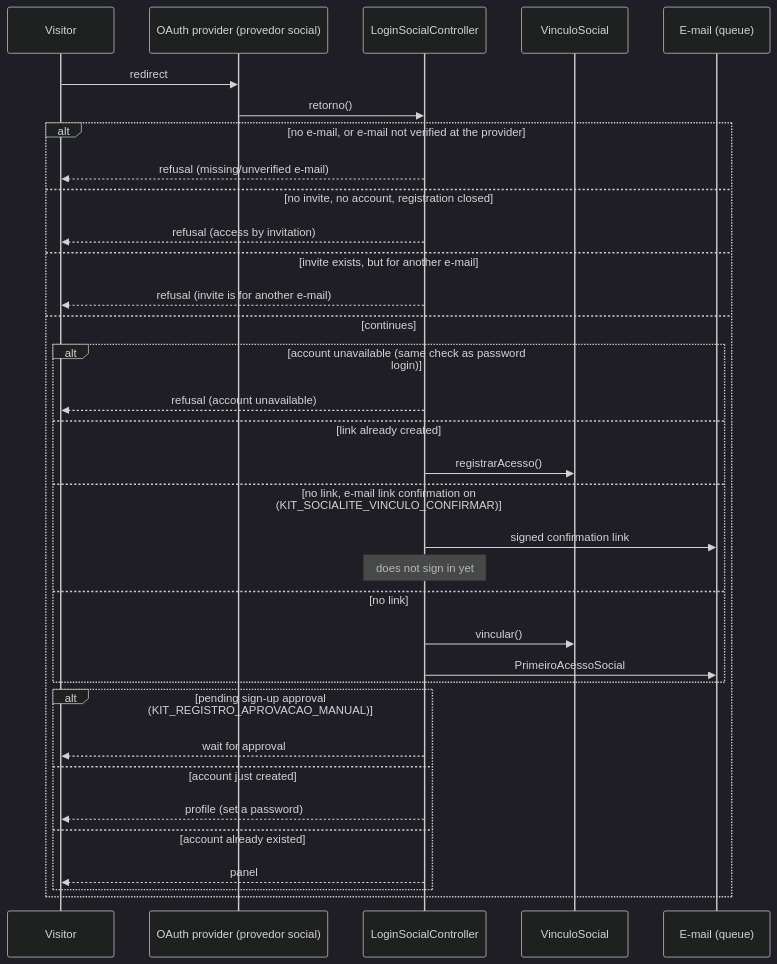
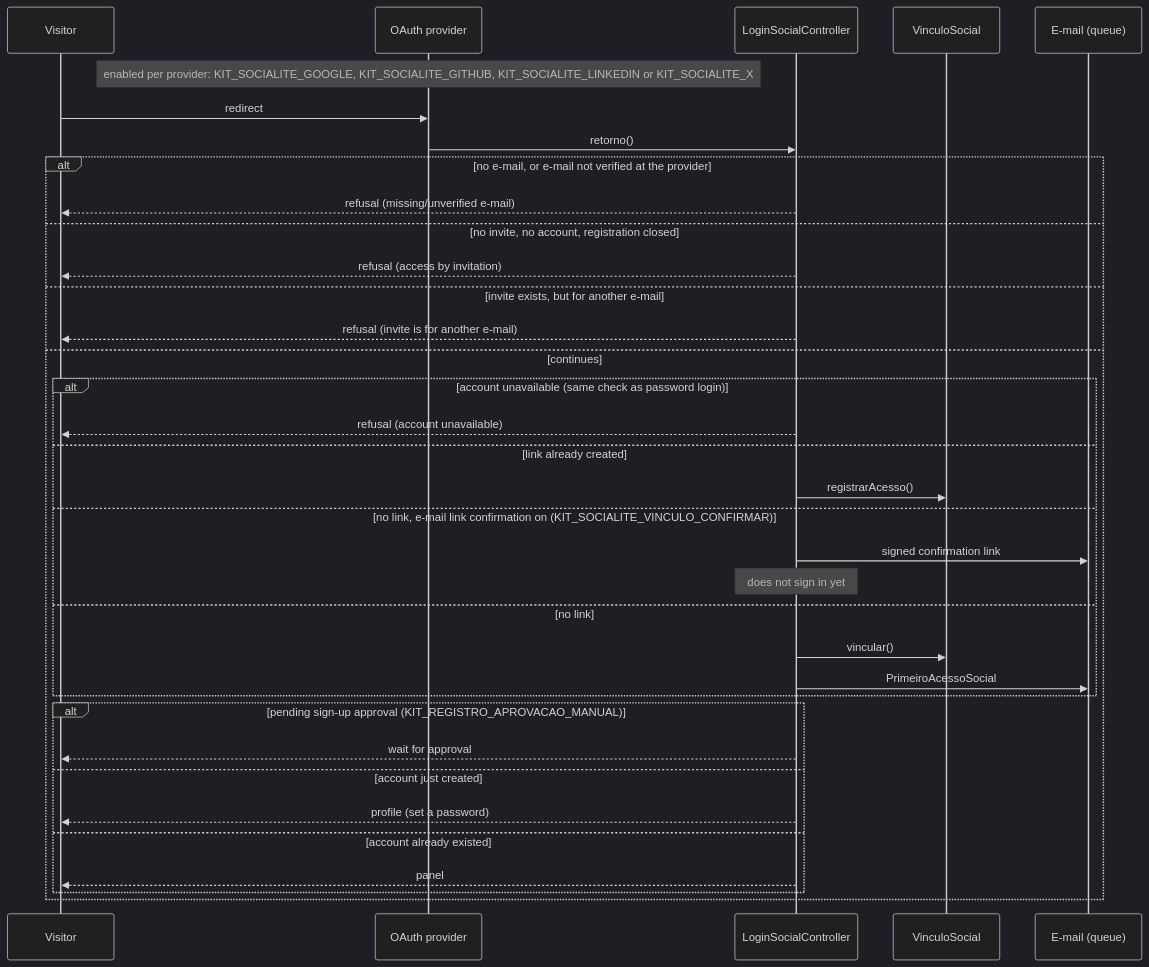
The diagram in docs/en/autenticacao/login-social.md (gsferro/filament-starter-kit-easy), drawn with Mermaid (dark theme) before and after one commit. The commit also changed 17 other files, not shown here.

First line of the commit message:
:white_check_mark: test(diagramas): as guardas da revisao adversarial da adicao, e as docs que elas acharam

````diff
--- a/docs/en/autenticacao/login-social.md
+++ b/docs/en/autenticacao/login-social.md
@@ -140,39 +140,40 @@
 ```mermaid
 sequenceDiagram
 %% DG-06
 accTitle: Social login return
 accDescr: The outcomes of a social provider's return - refusals, unavailability, link confirmation, pending approval and the final destination for a new or an existing account.
   participant visitante as Visitor
-  participant provedor as OAuth provider (provedor social)
+  participant provedor as OAuth provider
   participant controller as LoginSocialController
   participant vinculo as VinculoSocial
   participant email_fila as E-mail (queue)
+  note over provedor: enabled per provider: KIT_SOCIALITE_GOOGLE, KIT_SOCIALITE_GITHUB, KIT_SOCIALITE_LINKEDIN or KIT_SOCIALITE_X
   visitante->>provedor: redirect
   provedor->>controller: retorno()
   alt no e-mail, or e-mail not verified at the provider
     controller-->>visitante: refusal (missing/unverified e-mail)
   else no invite, no account, registration closed
     controller-->>visitante: refusal (access by invitation)
   else invite exists, but for another e-mail
     controller-->>visitante: refusal (invite is for another e-mail)
   else continues
     alt account unavailable (same check as password login)
       controller-->>visitante: refusal (account unavailable)
     else link already created
       controller->>vinculo: registrarAcesso()
     else no link, e-mail link confirmation on (KIT_SOCIALITE_VINCULO_CONFIRMAR)
       controller->>email_fila: signed confirmation link
       note over controller: does not sign in yet
     else no link
       controller->>vinculo: vincular()
       controller->>email_fila: PrimeiroAcessoSocial
     end
     alt pending sign-up approval (KIT_REGISTRO_APROVACAO_MANUAL)
       controller-->>visitante: wait for approval
     else account just created
       controller-->>visitante: profile (set a password)
     else account already existed
       controller-->>visitante: panel
     end
   end
 ```
````
